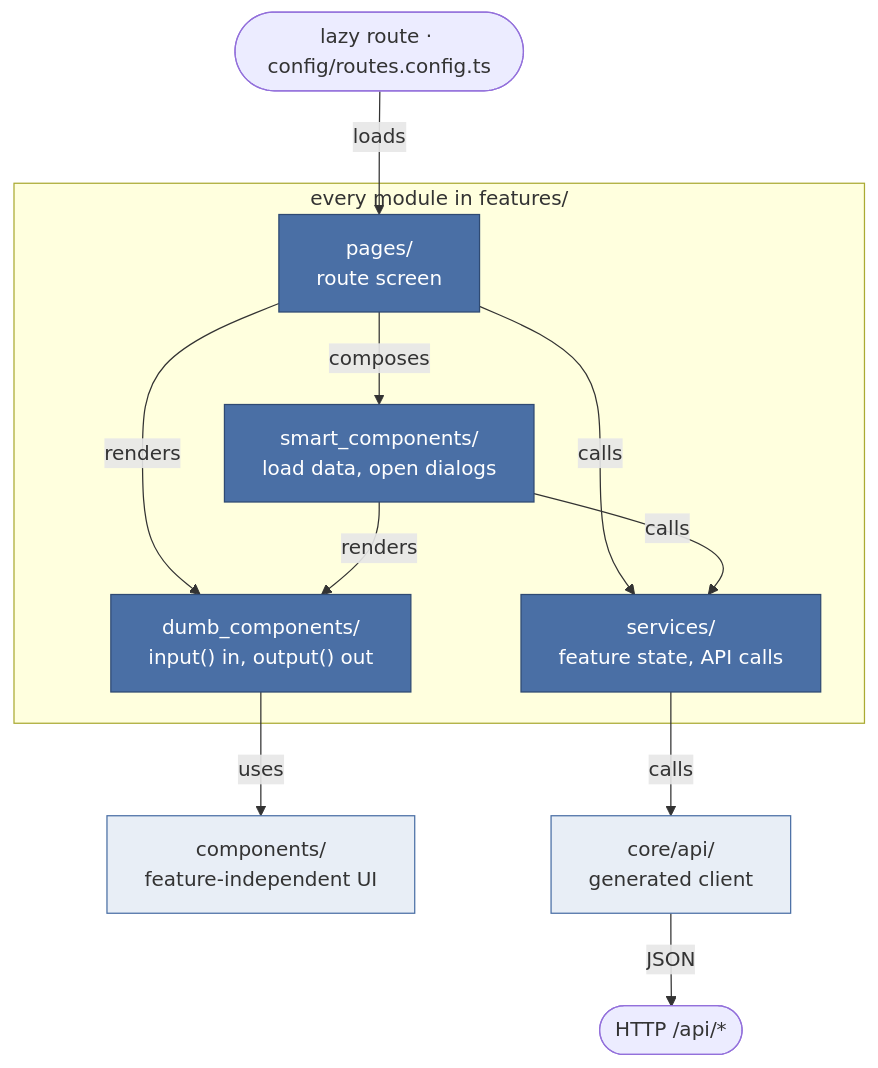
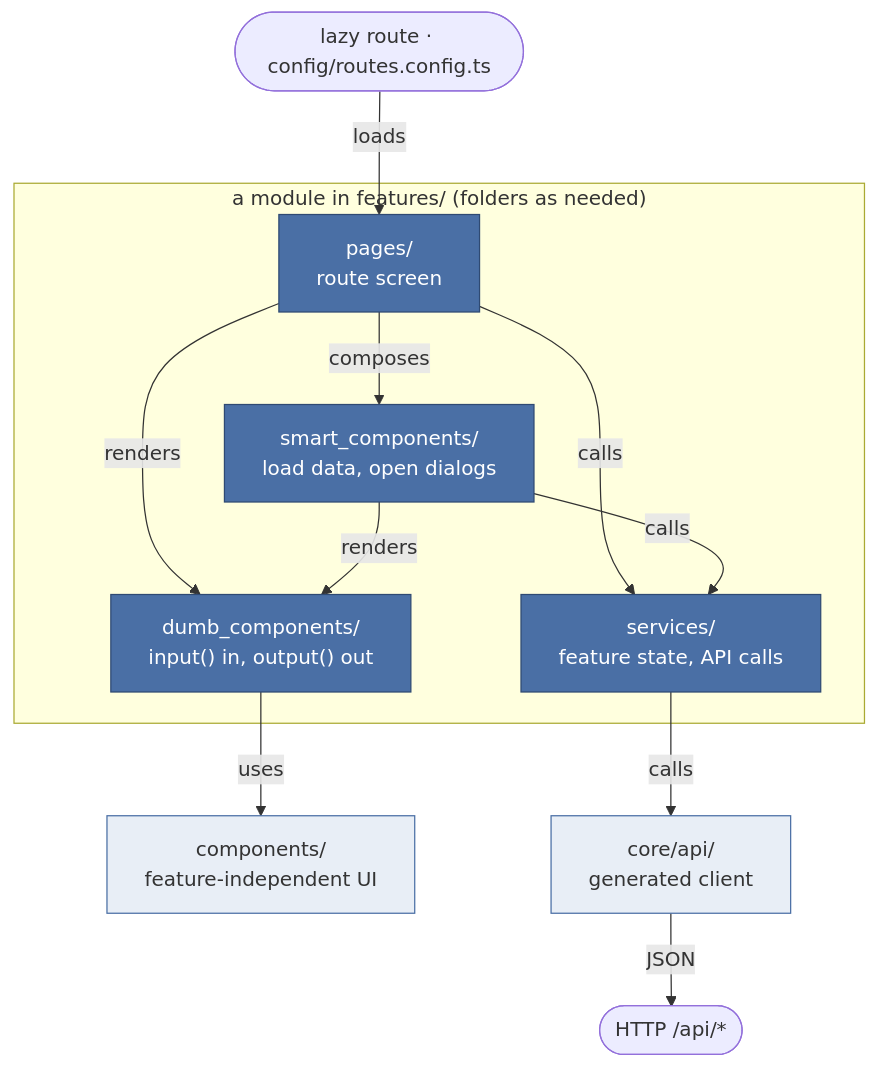
One commit to RomanL1/finance-dashboard changed the diagram in docs/arc42/diagrams/05_level2_frontend.mmd. Above: the diagram before and after it, drawn with Mermaid. The commit also changed 28 other files, not shown here.

```diff
--- a/docs/arc42/diagrams/05_level2_frontend.mmd
+++ b/docs/arc42/diagrams/05_level2_frontend.mmd
@@ -1,24 +1,24 @@
 flowchart TB
   route(["lazy route · config/routes.config.ts"])
-  subgraph feature ["every module in features/"]
+  subgraph feature ["a module in features/ (folders as needed)"]
     page["pages/<br/>route screen"]
     smart["smart_components/<br/>load data, open dialogs"]
     dumb["dumb_components/<br/>input() in, output() out"]
     svc["services/<br/>feature state, API calls"]
   end
   shared["components/<br/>feature-independent UI"]
   api["core/api/<br/>generated client"]
   http(["HTTP /api/*"])
   route -->|"loads"| page
   page -->|"composes"| smart
   page -->|"renders"| dumb
   smart -->|"renders"| dumb
   page -->|"calls"| svc
   smart -->|"calls"| svc
   svc -->|"calls"| api
   api -->|"JSON"| http
   dumb -->|"uses"| shared
   classDef layer fill:#4a6fa5,stroke:#2f4a73,color:#ffffff;
   classDef infra fill:#e8eef6,stroke:#4a6fa5;
   class page,smart,dumb,svc layer;
   class shared,api infra;
```
